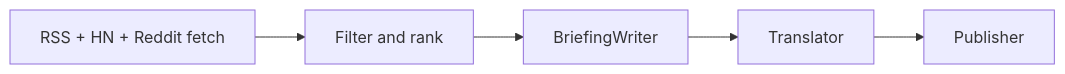
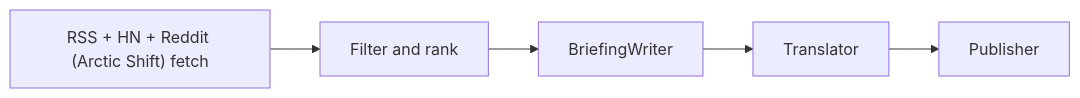
Before and after one commit to kobyal/ai-news-briefing: the fifth of 13 diagrams in README.md, drawn with Mermaid. The commit also changed other lines of this file and 1 other file, not shown here.

````diff
--- a/README.md
+++ b/README.md
@@ -234,7 +228,7 @@
 ```mermaid
 flowchart LR
-    A["RSS + HN + Reddit fetch"] --> B["Filter and rank"]
+    A["RSS + HN + Reddit (Arctic Shift) fetch"] --> B["Filter and rank"]
     B --> C["BriefingWriter"]
     C --> D["Translator"]
     D --> E["Publisher"]
 ```
````
